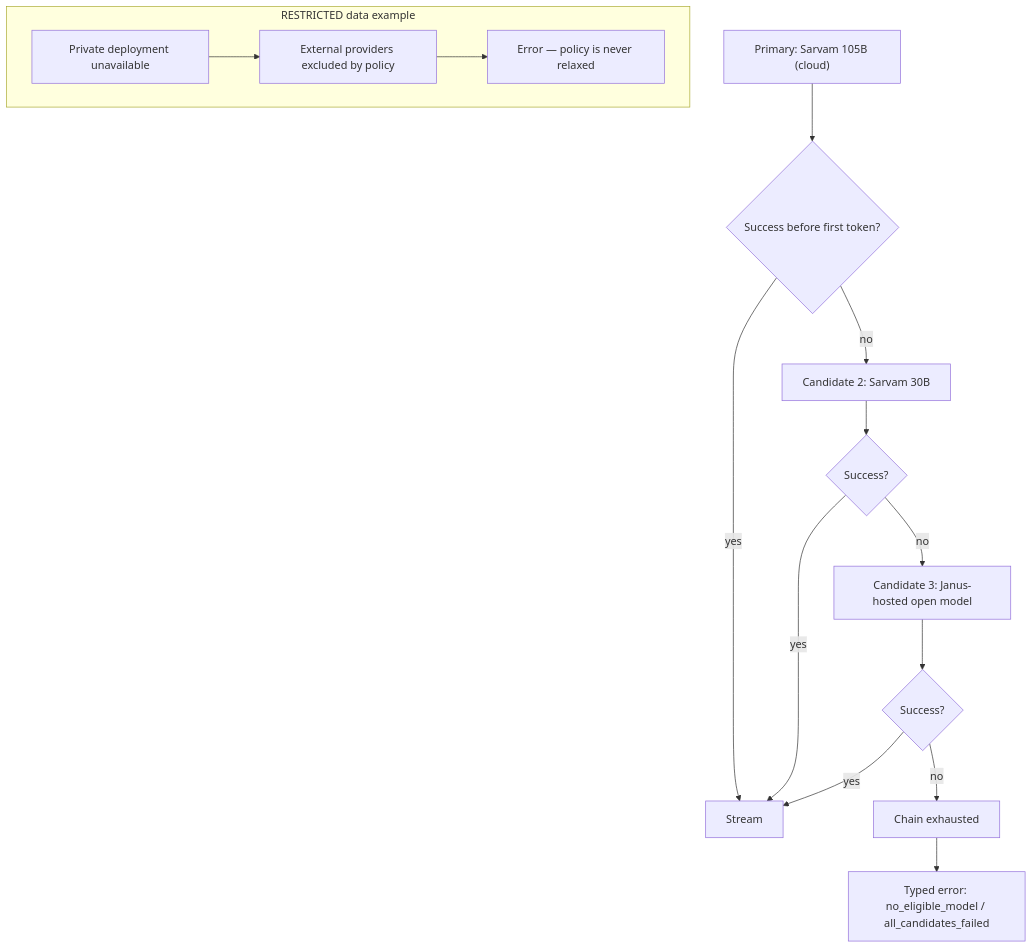
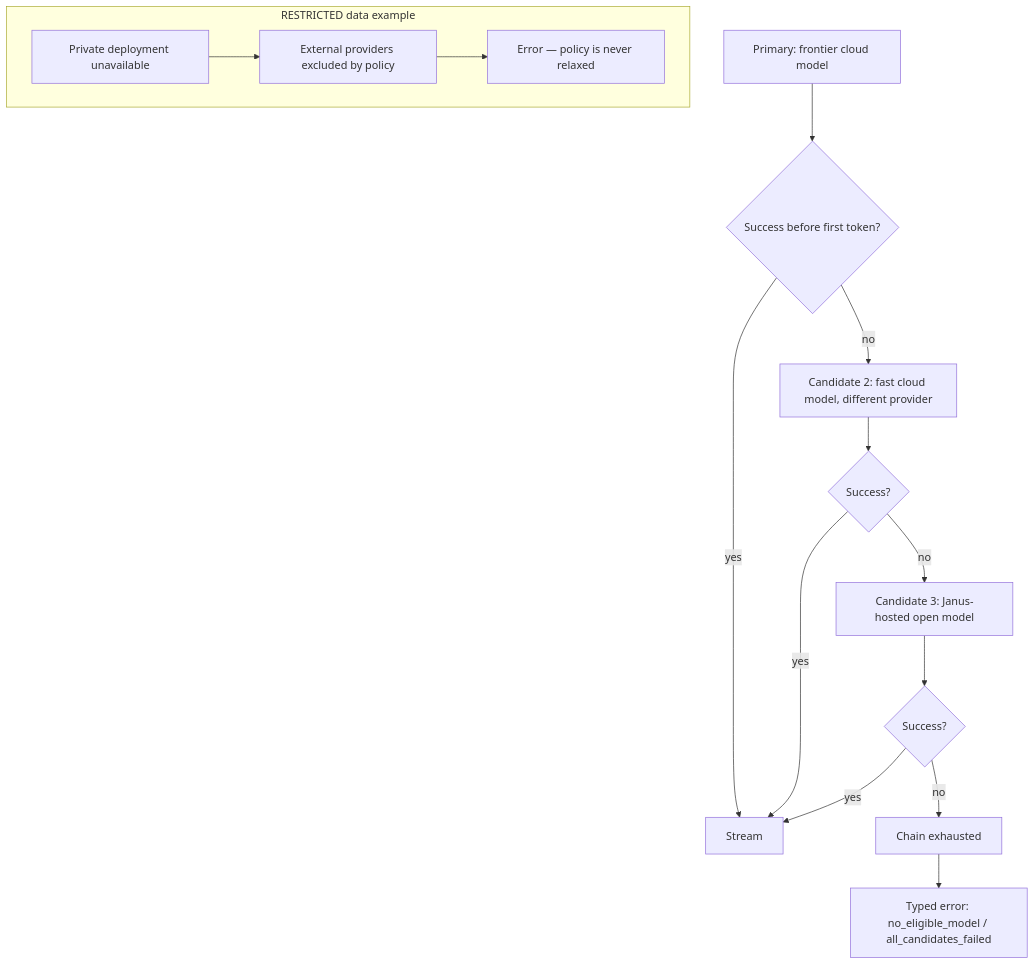
Before and after one commit to unimbekar/janus-ai: the second of 2 diagrams in docs/model-routing.md, drawn with Mermaid. The commit also changed other lines of this file and 117 other files, not shown here.

````diff
--- a/docs/model-routing.md
+++ b/docs/model-routing.md
@@ -191,18 +203,18 @@
 ```mermaid
 flowchart TB
-  P["Primary: Sarvam 105B (cloud)"] --> Q{"Success before first token?"}
+  P["Primary: frontier cloud model"] --> Q{"Success before first token?"}
   Q -- yes --> OK["Stream"]
-  Q -- no --> R["Candidate 2: Sarvam 30B"]
+  Q -- no --> R["Candidate 2: fast cloud model, different provider"]
   R --> S{"Success?"}
   S -- yes --> OK
   S -- no --> T["Candidate 3: Janus-hosted open model"]
   T --> U{"Success?"}
   U -- yes --> OK
   U -- no --> V["Chain exhausted"]
   V --> W["Typed error: no_eligible_model / all_candidates_failed"]
 
   subgraph Constrained["RESTRICTED data example"]
     X["Private deployment unavailable"] --> Y["External providers excluded by policy"]
     Y --> Z["Error — policy is never relaxed"]
   end
 ```
````
